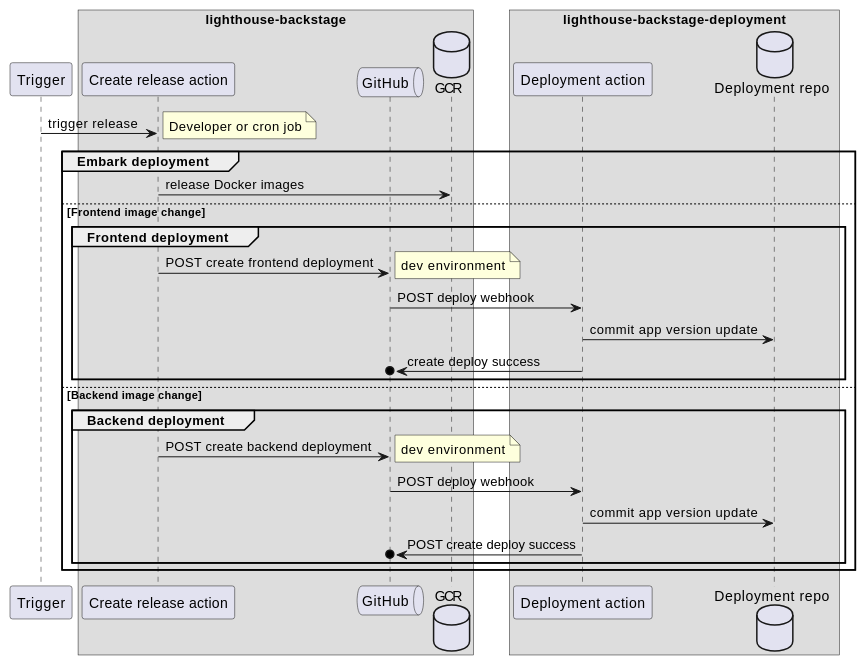
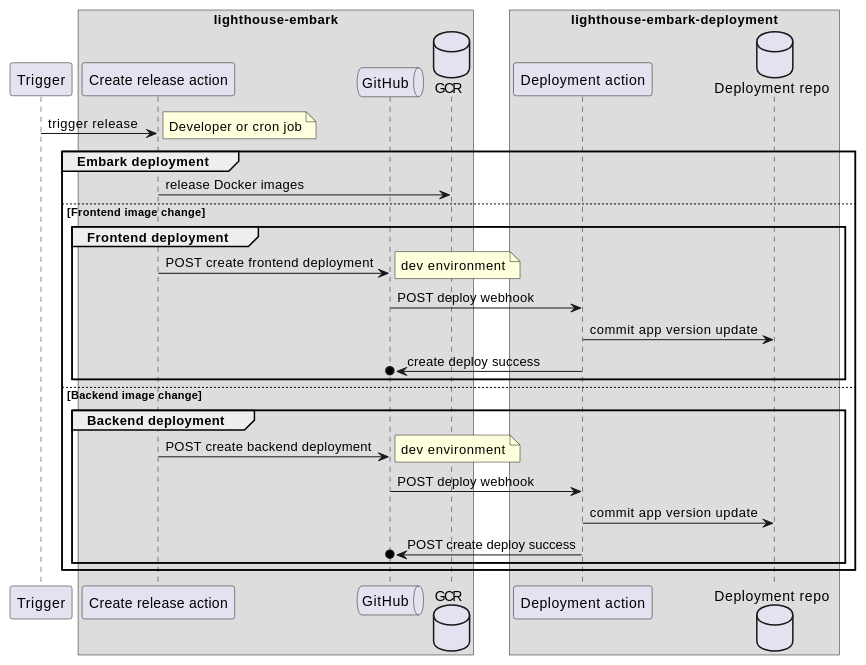
Before and after one commit to TS000/lighthouse-developer-portal: the sixth of 8 diagrams in docs/deployment.md, drawn with PlantUML. The commit also changed other lines of this file and 47 other files, not shown here.

First line of the commit message:
Change repo name to lighthouse embark (#325)

````diff
--- a/docs/deployment.md
+++ b/docs/deployment.md
@@ -155,35 +159,35 @@
 ```plantuml
 participant "Trigger"
-box "lighthouse-backstage"
+box "lighthouse-embark"
 participant "Create release action" as builder
 queue "GitHub" as platform
 database "GCR" as storage
 end box
-box "lighthouse-backstage-deployment"
+box "lighthouse-embark-deployment"
 participant "Deployment action" as depaction
 database "Deployment repo" as drepo
 end box
 Trigger -> builder: trigger release
 note right
 Developer or cron job
 end note
 group Embark deployment
 builder->storage: release Docker images
 else Frontend image change
 group Frontend deployment
 builder->platform: POST create frontend deployment
 note right: dev environment
 platform->depaction: POST deploy webhook
 depaction-> drepo: commit app version update
 depaction->o platform: create deploy success
 end
 else Backend image change
 group Backend deployment
 builder->platform: POST create backend deployment
 note right: dev environment
 platform->depaction: POST deploy webhook
 depaction-> drepo: commit app version update
 depaction->o platform: POST create deploy success
 end
 end
 ```
````
